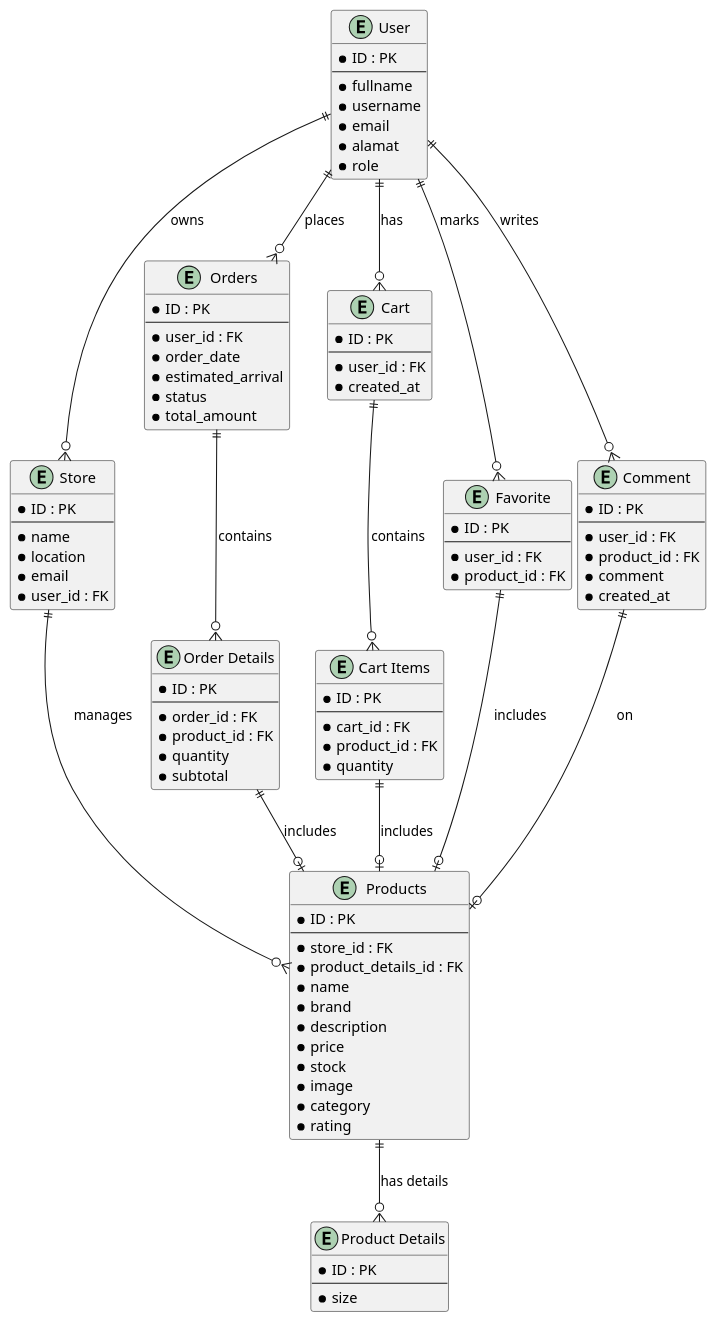
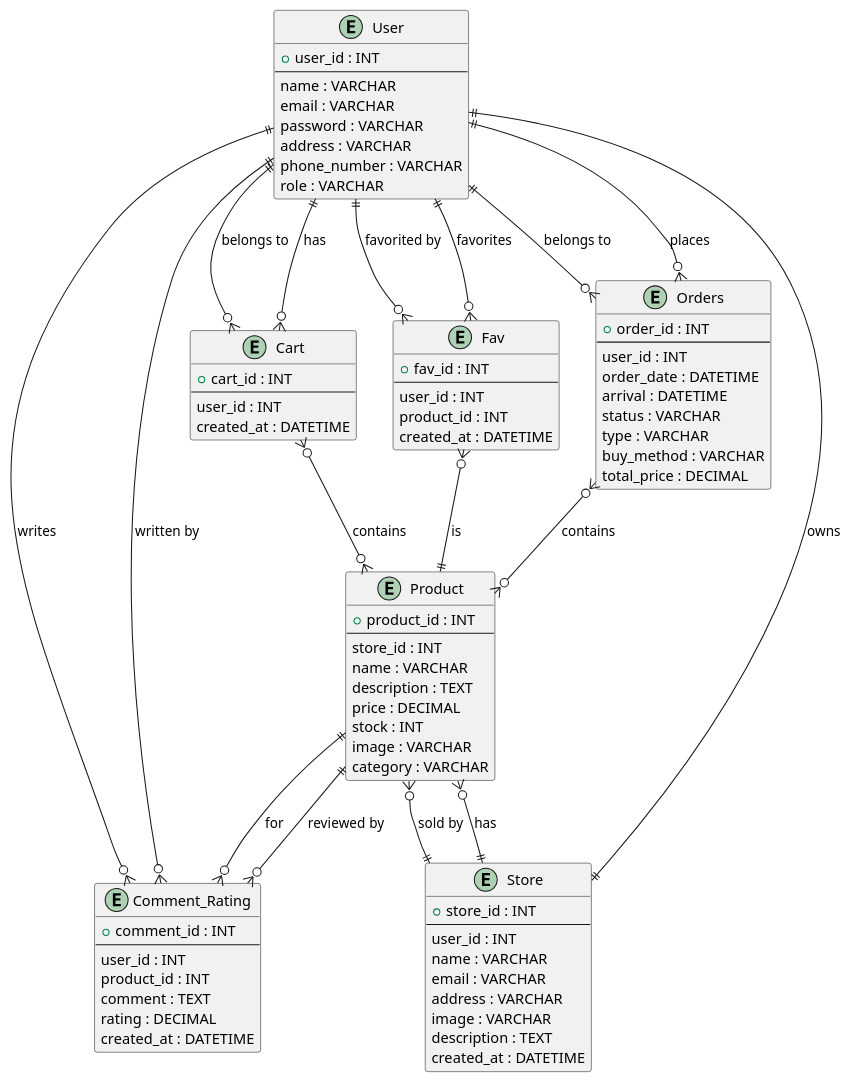
One commit to ivy799/E-Commerce-Project changed the diagram in erd.wsd. Above: the diagram before and after it, drawn with PlantUML. The commit also changed 36 other files, not shown here.

Commit message:
Implement product details, cart, favorites, and orders functionality with related models and migrations

```diff
--- a/erd.wsd
+++ b/erd.wsd
@@ -1,105 +1,98 @@
 @startuml
-entity "User" as user {
-  * ID : PK
-  --
-  * fullname
-  * username
-  * email
-  * alamat
-  * role
+entity User {
+    + user_id : INT
+    --
+    name : VARCHAR
+    email : VARCHAR
+    password : VARCHAR
+    address : VARCHAR
+    phone_number : VARCHAR
+    role : VARCHAR
 }
 
-entity "Store" as store {
-  * ID : PK
-  --
-  * name
-  * location
-  * email
-  * user_id : FK
+entity Cart {
+    + cart_id : INT
+    --
+    user_id : INT
+    created_at : DATETIME
 }
 
-entity "Products" as products {
-  * ID : PK
-  --
-  * store_id : FK
-  * product_details_id : FK
-  * name
-  * brand
-  * description
-  * price
-  * stock
-  * image
-  * category
-  * rating
+entity Fav {
+    + fav_id : INT
+    --
+    user_id : INT
+    product_id : INT
+    created_at : DATETIME
 }
 
-entity "Product Details" as product_details {
-  * ID : PK
-  --
-  * size
+entity Orders {
+    + order_id : INT
+    --
+    user_id : INT
+    order_date : DATETIME
+    arrival : DATETIME
+    status : VARCHAR
+    type : VARCHAR
+    buy_method : VARCHAR
+    total_price : DECIMAL
 }
 
-entity "Orders" as orders {
-  * ID : PK
-  --
-  * user_id : FK
-  * order_date
-  * estimated_arrival
-  * status
-  * total_amount
+entity Product {
+    + product_id : INT
+    --
+    store_id : INT
+    name : VARCHAR
+    description : TEXT
+    price : DECIMAL
+    stock : INT
+    image : VARCHAR
+    category : VARCHAR
 }
 
-entity "Order Details" as order_details {
-  * ID : PK
-  --
-  * order_id : FK
-  * product_id : FK
-  * quantity
-  * subtotal
+entity Comment_Rating {
+    + comment_id : INT
+    --
+    user_id : INT
+    product_id : INT
+    comment : TEXT
+    rating : DECIMAL
+    created_at : DATETIME
 }
 
-entity "Cart" as cart {
-  * ID : PK
-  --
-  * user_id : FK
-  * created_at
+entity Store {
+    + store_id : INT
+    --
+    user_id : INT
+    name : VARCHAR
+    email : VARCHAR
+    address : VARCHAR
+    image : VARCHAR
+    description : TEXT
+    created_at : DATETIME
 }
 
-entity "Cart Items" as cart_items {
-  * ID : PK
-  --
-  * cart_id : FK
-  * product_id : FK
-  * quantity
-}
+' Relationships
+User ||--o{ Cart : "has"
+User ||--o{ Orders : "places"
+User ||--o{ Fav : "favorites"
+User ||--|| Store : "owns"
+User ||--o{ Comment_Rating : "writes"
 
-entity "Favorite" as favorite {
-  * ID : PK
-  --
-  * user_id : FK
-  * product_id : FK
-}
+Cart }o--|| User : "belongs to"
+Cart }o--o{ Product : "contains"
 
-entity "Comment" as comment {
-  * ID : PK
-  --
-  * user_id : FK
-  * product_id : FK
-  * comment
-  * created_at
-}
+Fav }o--|| User : "favorited by"
+Fav }o--|| Product : "is"
 
-user ||--o{ store : "owns"
-store ||--o{ products : "manages"
-products ||--o{ product_details : "has details"
-user ||--o{ cart : "has"
-cart ||--o{ cart_items : "contains"
-cart_items ||--o| products : "includes"
-user ||--o{ orders : "places"
-orders ||--o{ order_details : "contains"
-order_details ||--o| products : "includes"
-user ||--o{ favorite : "marks"
-favorite ||--o| products : "includes"
-user ||--o{ comment : "writes"
-comment ||--o| products : "on"
+Orders }o--|| User : "belongs to"
+Orders }o--o{ Product : "contains"
+
+Product ||--o{ Comment_Rating : "reviewed by"
+Product }o--|| Store : "sold by"
+
+Comment_Rating }o--|| User : "written by"
+Comment_Rating }o--|| Product : "for"
+
+Store ||--o{ Product : "has"
+
 @enduml
```
